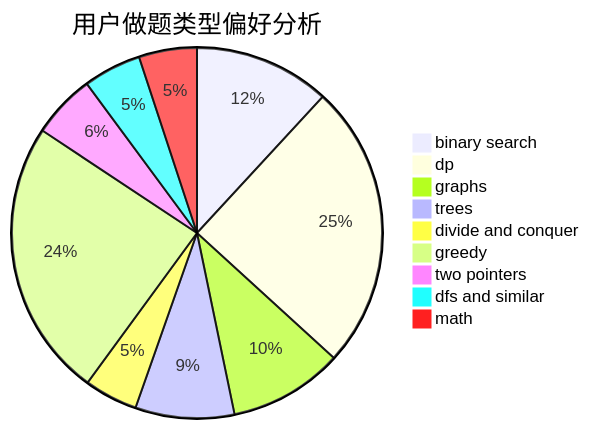
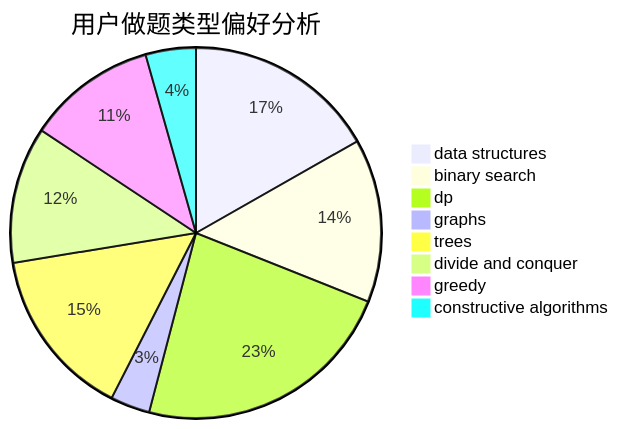
One commit to sherpahu/cfrs.github.io changed the second of 3 diagrams in docs/user/u1123.md. Above: the diagram before and after it, drawn with Mermaid. The commit also changed other lines of this file and 2775 other files, not shown here.

````diff
--- a/docs/user/u1123.md
+++ b/docs/user/u1123.md
@@ -23,12 +23,11 @@
 ```mermaid
 pie title 用户做题类型偏好分析
-    "binary search" :  239
-    "dp" :  502
-    "graphs" :  201
-    "trees" :  174
-    "divide and conquer" :  94
-    "greedy" :  489
-    "two pointers" :  112
-    "dfs and similar" :  102
-    "math" :  102
+    "data structures" :  107
+    "binary search" :  91
+    "dp" :  147
+    "graphs" :  22
+    "trees" :  95
+    "divide and conquer" :  76
+    "greedy" :  72
+    "constructive algorithms" :  28
 ```
````
